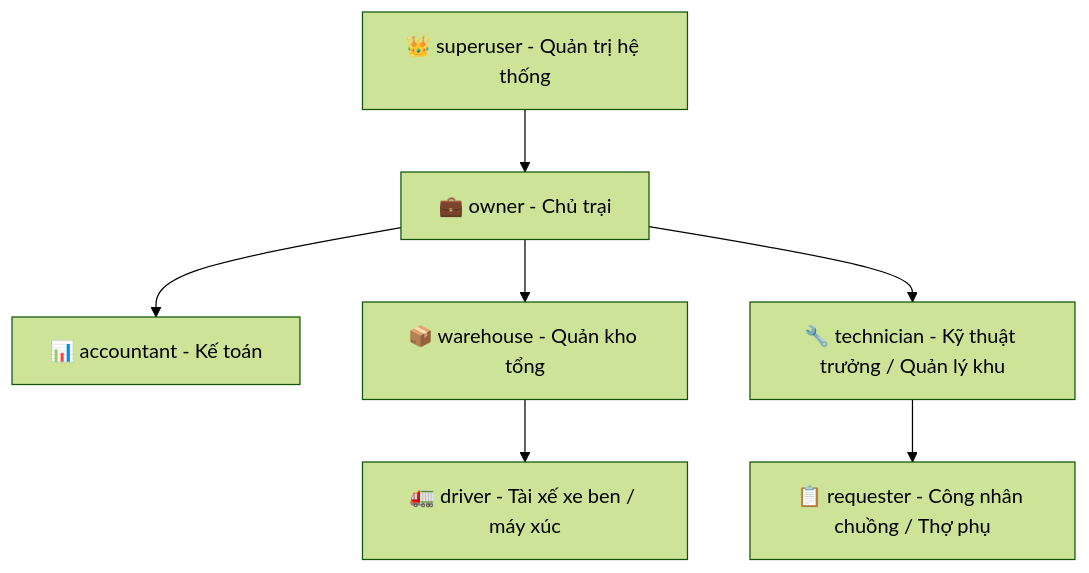
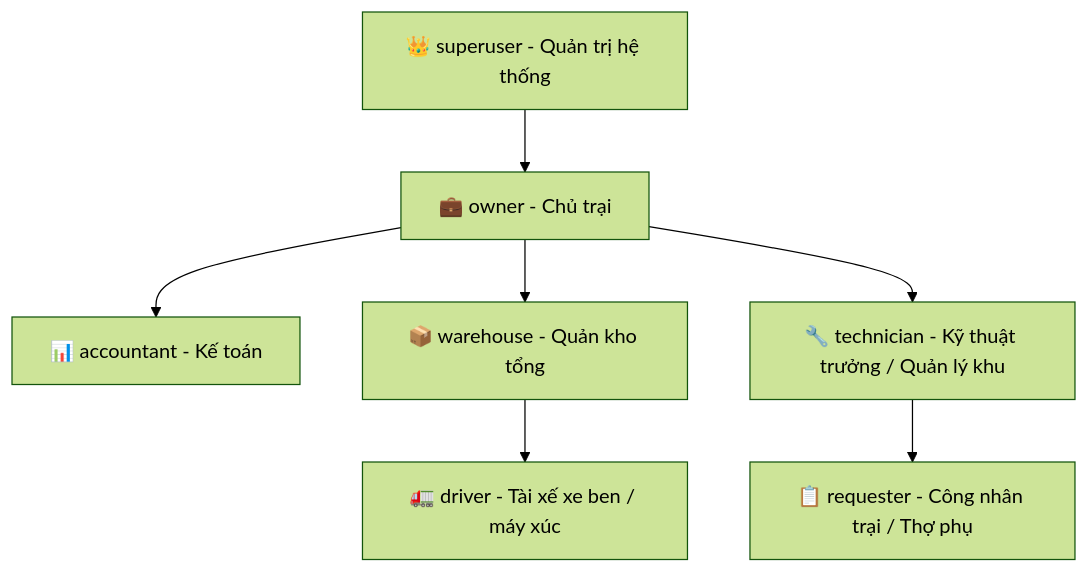
One commit to theiheu/minh-tan-phat-supply changed the diagram in docs/architecture/rbac-and-roles.md. Above: the diagram before and after it, drawn with Mermaid (forest theme). The commit also changed other lines of this file and 135 other files, not shown here.

````diff
--- a/docs/architecture/rbac-and-roles.md
+++ b/docs/architecture/rbac-and-roles.md
@@ -11,9 +11,9 @@
 ```mermaid
 flowchart TD
     Superuser[👑 superuser - Quản trị hệ thống] --> Owner[💼 owner - Chủ trại]
     Owner --> Accountant[📊 accountant - Kế toán]
     Owner --> Warehouse[📦 warehouse - Quản kho tổng]
     Owner --> Tech[🔧 technician - Kỹ thuật trưởng / Quản lý khu]
-    Tech --> Requester[📋 requester - Công nhân chuồng / Thợ phụ]
+    Tech --> Requester[📋 requester - Công nhân trại / Thợ phụ]
     Warehouse --> Driver[🚛 driver - Tài xế xe ben / máy xúc]
 ```
````
